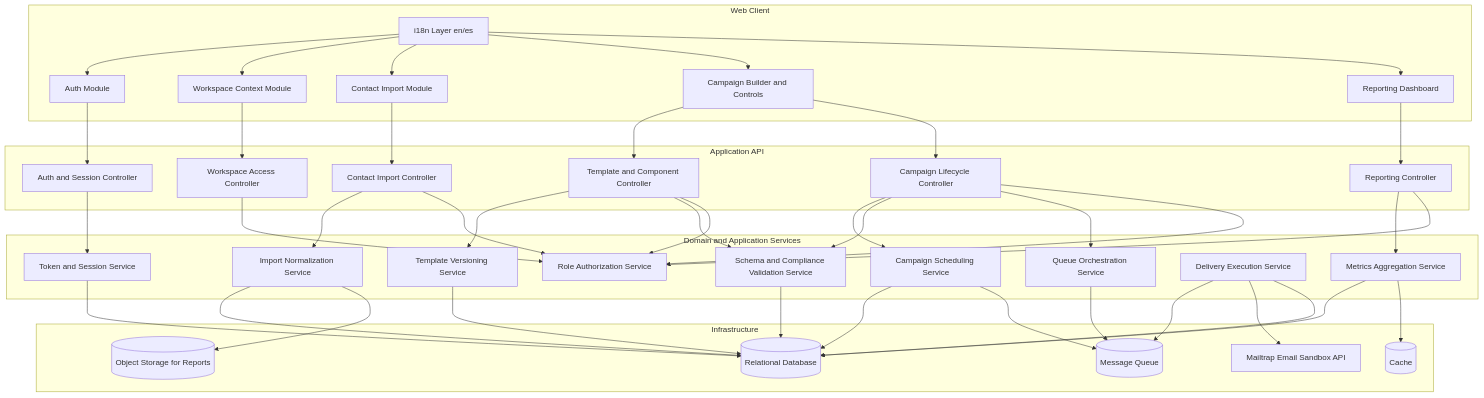
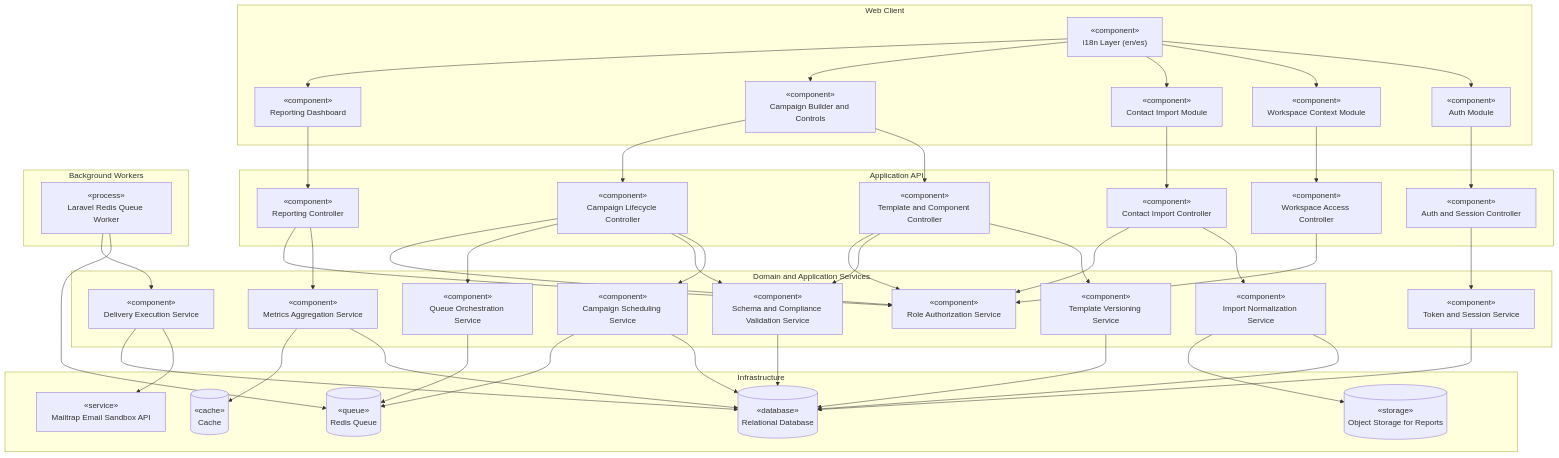
Before and after one commit to Chopyh/SendIO: the diagram in docs/design/component-diagram.md, drawn with Mermaid. The commit also changed other lines of this file and 40 other files, not shown here.

Commit message:
Translate design documentation to Spanish, update activity and component diagrams, and add new system design chapter for SendIO. Implement Docker Redis queue worker and enhance validation documentation. Refactor frontend campaign list page and update shell scripts for queue management.

````diff
--- a/docs/design/component-diagram.md
+++ b/docs/design/component-diagram.md
@@ -5,41 +5,45 @@
 ```mermaid
 flowchart TB
     subgraph Client[Web Client]
-      UIAuth[Auth Module]
-      UIWorkspace[Workspace Context Module]
-      UIContacts[Contact Import Module]
-      UICampaign[Campaign Builder and Controls]
-      UIReports[Reporting Dashboard]
-      UILocale[i18n Layer en/es]
+      UIAuth["«component»<br/>Auth Module"]
+      UIWorkspace["«component»<br/>Workspace Context Module"]
+      UIContacts["«component»<br/>Contact Import Module"]
+      UICampaign["«component»<br/>Campaign Builder and Controls"]
+      UIReports["«component»<br/>Reporting Dashboard"]
+      UILocale["«component»<br/>i18n Layer (en/es)"]
     end
 
     subgraph API[Application API]
-      AuthAPI[Auth and Session Controller]
-      WorkspaceAPI[Workspace Access Controller]
-      ContactAPI[Contact Import Controller]
-      TemplateAPI[Template and Component Controller]
-      CampaignAPI[Campaign Lifecycle Controller]
-      ReportAPI[Reporting Controller]
+      AuthAPI["«component»<br/>Auth and Session Controller"]
+      WorkspaceAPI["«component»<br/>Workspace Access Controller"]
+      ContactAPI["«component»<br/>Contact Import Controller"]
+      TemplateAPI["«component»<br/>Template and Component Controller"]
+      CampaignAPI["«component»<br/>Campaign Lifecycle Controller"]
+      ReportAPI["«component»<br/>Reporting Controller"]
     end
 
     subgraph Core[Domain and Application Services]
-      AuthService[Token and Session Service]
-      AccessService[Role Authorization Service]
-      ContactService[Import Normalization Service]
-      TemplateService[Template Versioning Service]
-      ValidationService[Schema and Compliance Validation Service]
-      CampaignService[Campaign Scheduling Service]
-      QueueService[Queue Orchestration Service]
-      DeliveryService[Delivery Execution Service]
-      ReportingService[Metrics Aggregation Service]
+      AuthService["«component»<br/>Token and Session Service"]
+      AccessService["«component»<br/>Role Authorization Service"]
+      ContactService["«component»<br/>Import Normalization Service"]
+      TemplateService["«component»<br/>Template Versioning Service"]
+      ValidationService["«component»<br/>Schema and Compliance Validation Service"]
+      CampaignService["«component»<br/>Campaign Scheduling Service"]
+      QueueService["«component»<br/>Queue Orchestration Service"]
+      DeliveryService["«component»<br/>Delivery Execution Service"]
+      ReportingService["«component»<br/>Metrics Aggregation Service"]
+    end
+
+    subgraph Workers[Background Workers]
+      QueueWorker["«process»<br/>Laravel Redis Queue Worker"]
     end
 
     subgraph Infra[Infrastructure]
-      DB[(Relational Database)]
-      Queue[(Message Queue)]
-      Mailtrap[Mailtrap Email Sandbox API]
-      Cache[(Cache)]
-      FileStorage[(Object Storage for Reports)]
+      DB[("«database»<br/>Relational Database")]
+      Queue[("«queue»<br/>Redis Queue")]
+      Mailtrap["«service»<br/>Mailtrap Email Sandbox API"]
+      Cache[("«cache»<br/>Cache")]
+      FileStorage[("«storage»<br/>Object Storage for Reports")]
     end
 
     UIAuth --> AuthAPI
@@ -76,7 +80,8 @@
     CampaignService --> DB
     CampaignService --> Queue
     QueueService --> Queue
-    DeliveryService --> Queue
+    QueueWorker --> Queue
+    QueueWorker --> DeliveryService
     DeliveryService --> Mailtrap
     DeliveryService --> DB
     ReportingService --> DB
````
